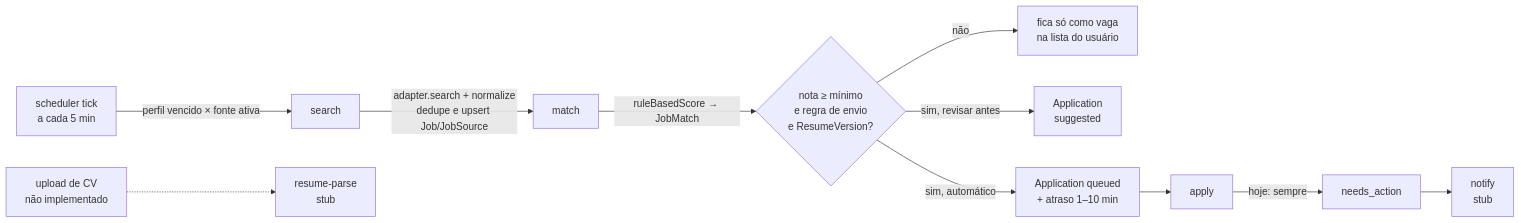
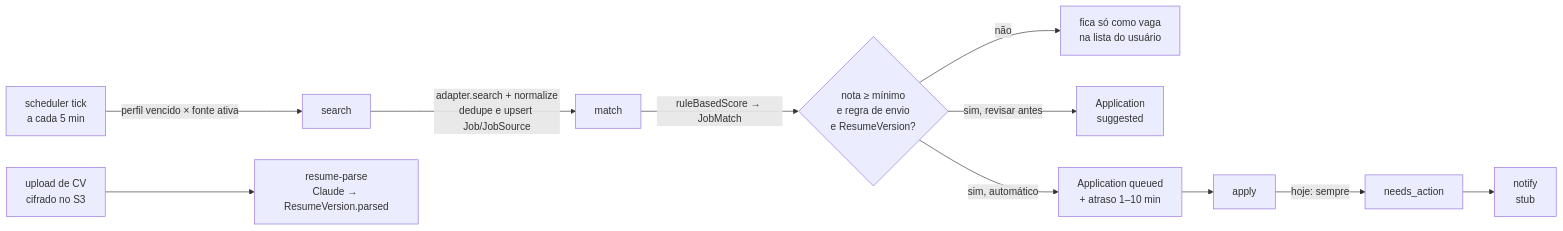
The diagram in docs/visao-geral.md (gabrielAlencar33564/cv-pilot), drawn with Mermaid before and after one commit. The commit also changed other lines of this file and 7 other files, not shown here.

````diff
--- a/docs/visao-geral.md
+++ b/docs/visao-geral.md
@@ -55,13 +56,13 @@
 ```mermaid
 flowchart LR
   T[scheduler tick<br/>a cada 5 min] -->|perfil vencido × fonte ativa| S[search]
   S -->|adapter.search + normalize<br/>dedupe e upsert Job/JobSource| M[match]
   M -->|ruleBasedScore → JobMatch| D{nota ≥ mínimo<br/>e regra de envio<br/>e ResumeVersion?}
   D -- não --> L[fica só como vaga<br/>na lista do usuário]
   D -- sim, revisar antes --> SG[Application<br/>suggested]
   D -- sim, automático --> Q[Application queued<br/>+ atraso 1–10 min]
   Q --> A[apply]
   A -->|hoje: sempre| NA[needs_action]
   NA --> N[notify<br/>stub]
-  U[upload de CV<br/>não implementado] -.-> RP[resume-parse<br/>stub]
+  U[upload de CV<br/>cifrado no S3] --> RP[resume-parse<br/>Claude → ResumeVersion.parsed]
 ```
````
